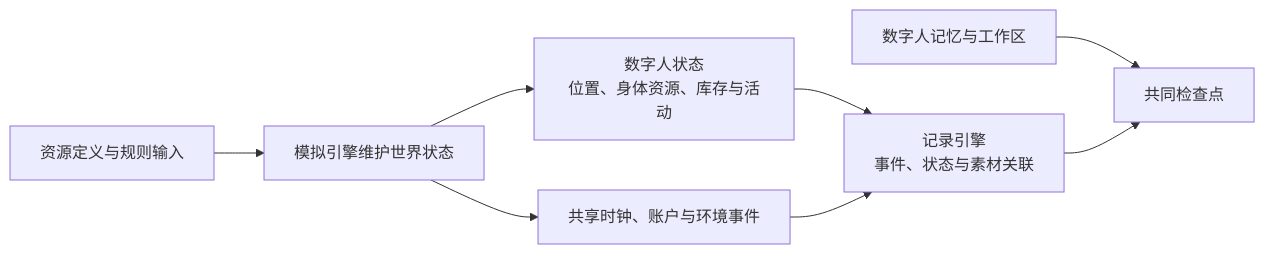
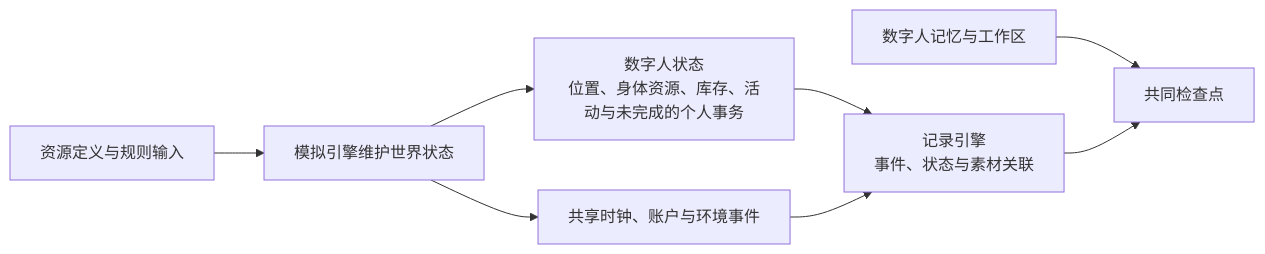
The eighth of 8 diagrams in docs/design/01-architecture.md (HoldThatThgt/WorldMock), drawn with Mermaid before and after one commit. The commit also changed other lines of this file and 20 other files, not shown here.

````diff
--- a/docs/design/01-architecture.md
+++ b/docs/design/01-architecture.md
@@ -343,10 +351,10 @@
 ```mermaid
 flowchart LR
     R[资源定义与规则输入] --> W[模拟引擎维护世界状态]
-    W --> A[数字人状态<br/>位置、身体资源、库存与活动]
+    W --> A[数字人状态<br/>位置、身体资源、库存、活动与未完成的个人事务]
     W --> T[共享时钟、账户与环境事件]
     A --> F[记录引擎<br/>事件、状态与素材关联]
     T --> F
     M[数字人记忆与工作区] --> C[共同检查点]
     F --> C
 ```
````
